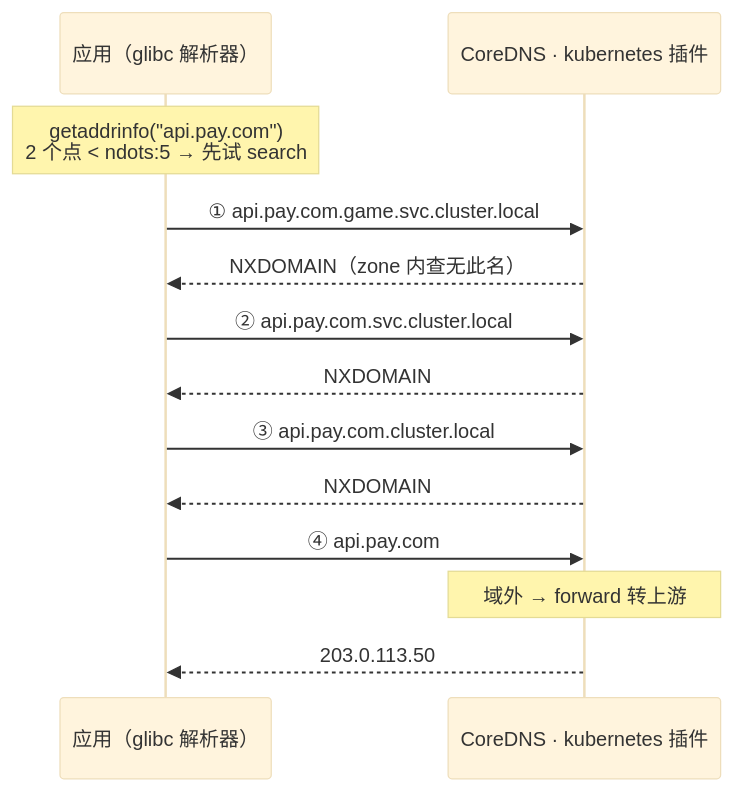
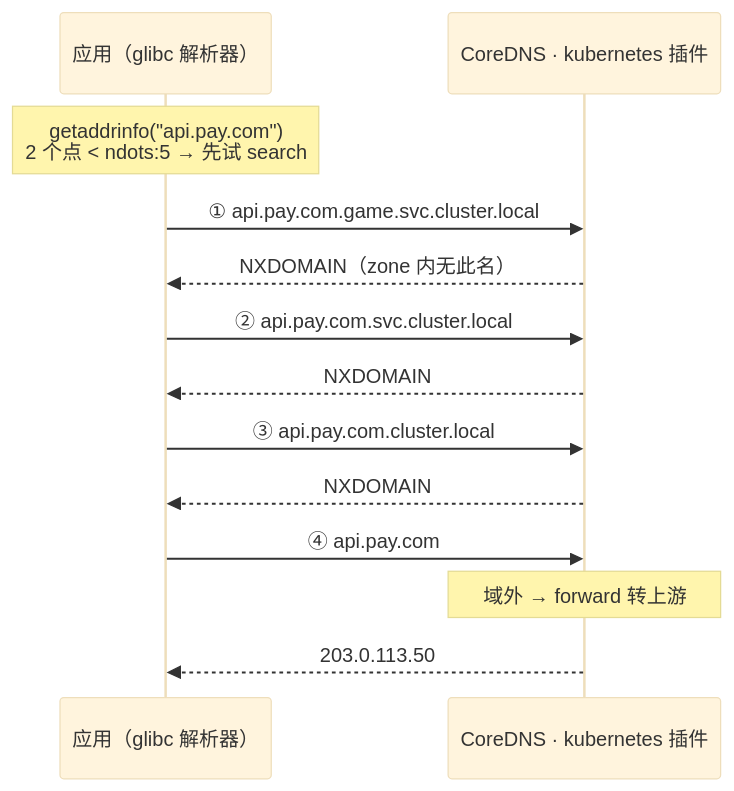
One commit to ml-cuizijun/LearnToLilith changed the third of 5 diagrams in 03-Kubernetes/09-CoreDNS/知识点.md. Above: the diagram before and after it, drawn with Mermaid (base theme). The commit also changed other lines of this file and 178 other files, not shown here.

````diff
--- a/03-Kubernetes/09-CoreDNS/知识点.md
+++ b/03-Kubernetes/09-CoreDNS/知识点.md
@@ -275,15 +262,15 @@
 ```mermaid
 sequenceDiagram
     participant App as 应用（glibc 解析器）
     participant CD as CoreDNS · kubernetes 插件
     Note over App: getaddrinfo("api.pay.com")<br/>2 个点 < ndots:5 → 先试 search
     App->>CD: ① api.pay.com.game.svc.cluster.local
-    CD-->>App: NXDOMAIN（zone 内查无此名）
+    CD-->>App: NXDOMAIN（zone 内无此名）
     App->>CD: ② api.pay.com.svc.cluster.local
     CD-->>App: NXDOMAIN
     App->>CD: ③ api.pay.com.cluster.local
     CD-->>App: NXDOMAIN
     App->>CD: ④ api.pay.com
     Note over CD: 域外 → forward 转上游
     CD-->>App: 203.0.113.50
 ```
````
